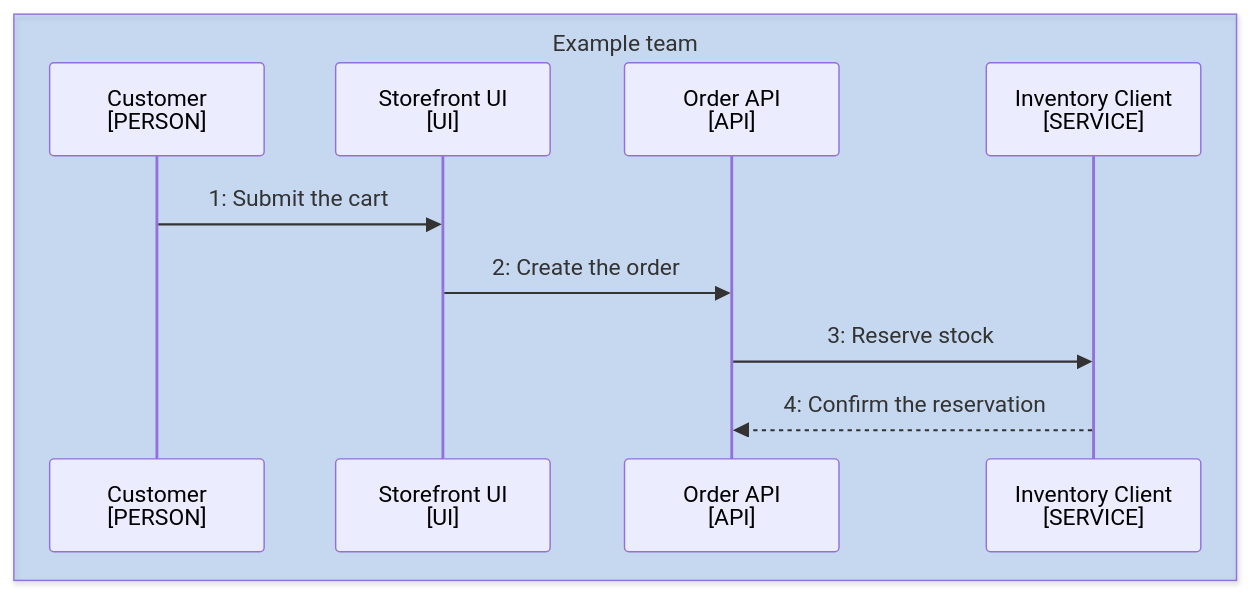
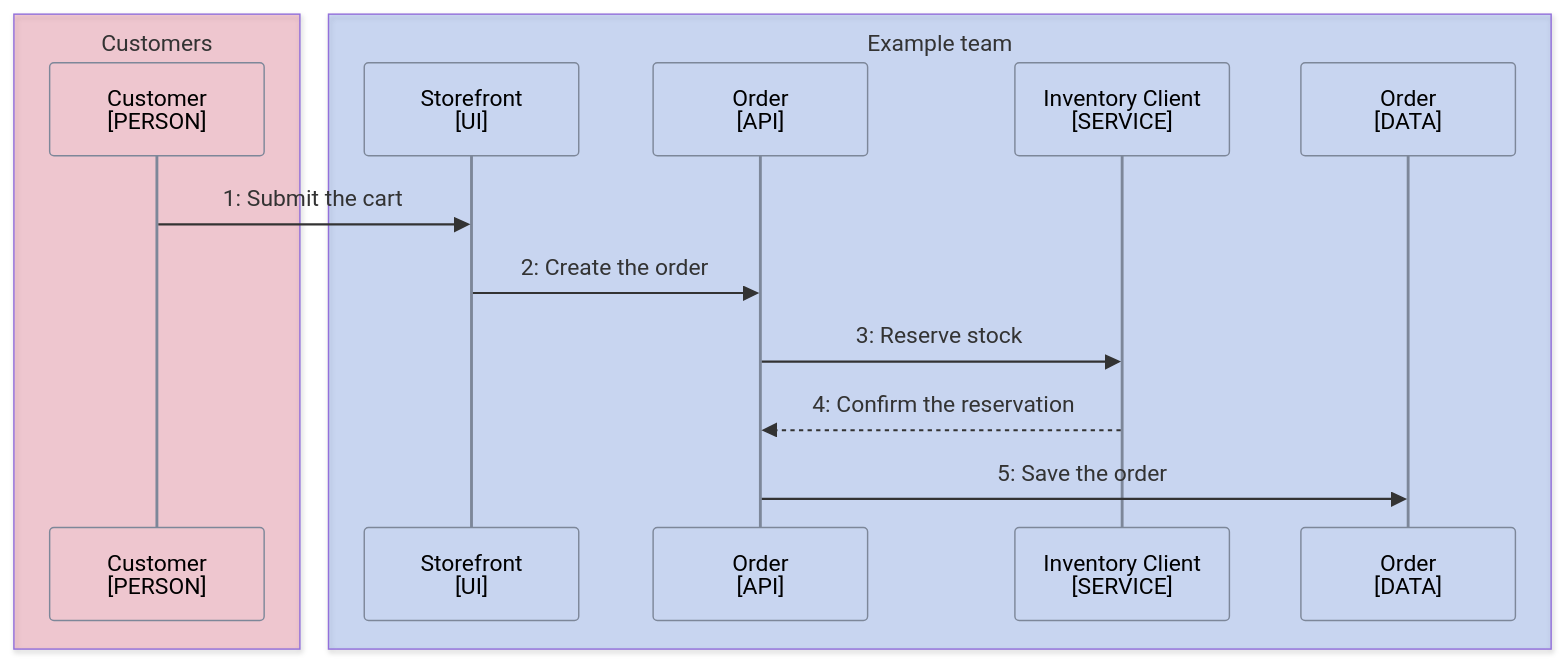
The diagram in skills/docsmith/scripts/fixtures/good/docs/runtime-flows.md (choonchernlim/skills), drawn with Mermaid before and after one commit. The commit also changed other lines of this file and 127 other files, not shown here.

````diff
--- a/skills/docsmith/scripts/fixtures/good/docs/runtime-flows.md
+++ b/skills/docsmith/scripts/fixtures/good/docs/runtime-flows.md
@@ -14,14 +16,19 @@
 ```mermaid
 sequenceDiagram
-  box rgba(26,115,232,0.2) Example team
+  %%{init: {"themeVariables": {"actorBkg": "transparent", "actorBorder": "#7d8799", "actorLineColor": "#7d8799", "labelBoxBorderColor": "#7d8799"}}}%%
+  box rgba(225,29,72,0.2) Customers
     participant Customer as Customer<br/>[PERSON]
-    participant Browser as Storefront UI<br/>[UI]
-    participant Route as Order API<br/>[API]
+  end
+  box rgba(37,99,235,0.2) Example team
+    participant Browser as Storefront<br/>[UI]
+    participant Route as Order<br/>[API]
     participant Inventory as Inventory Client<br/>[SERVICE]
+    participant Store as Order<br/>[DATA]
   end
 
   Customer->>Browser: 1: Submit the cart
   Browser->>Route: 2: Create the order
   Route->>Inventory: 3: Reserve stock
   Inventory-->>Route: 4: Confirm the reservation
+  Route->>Store: 5: Save the order
 ```
````
